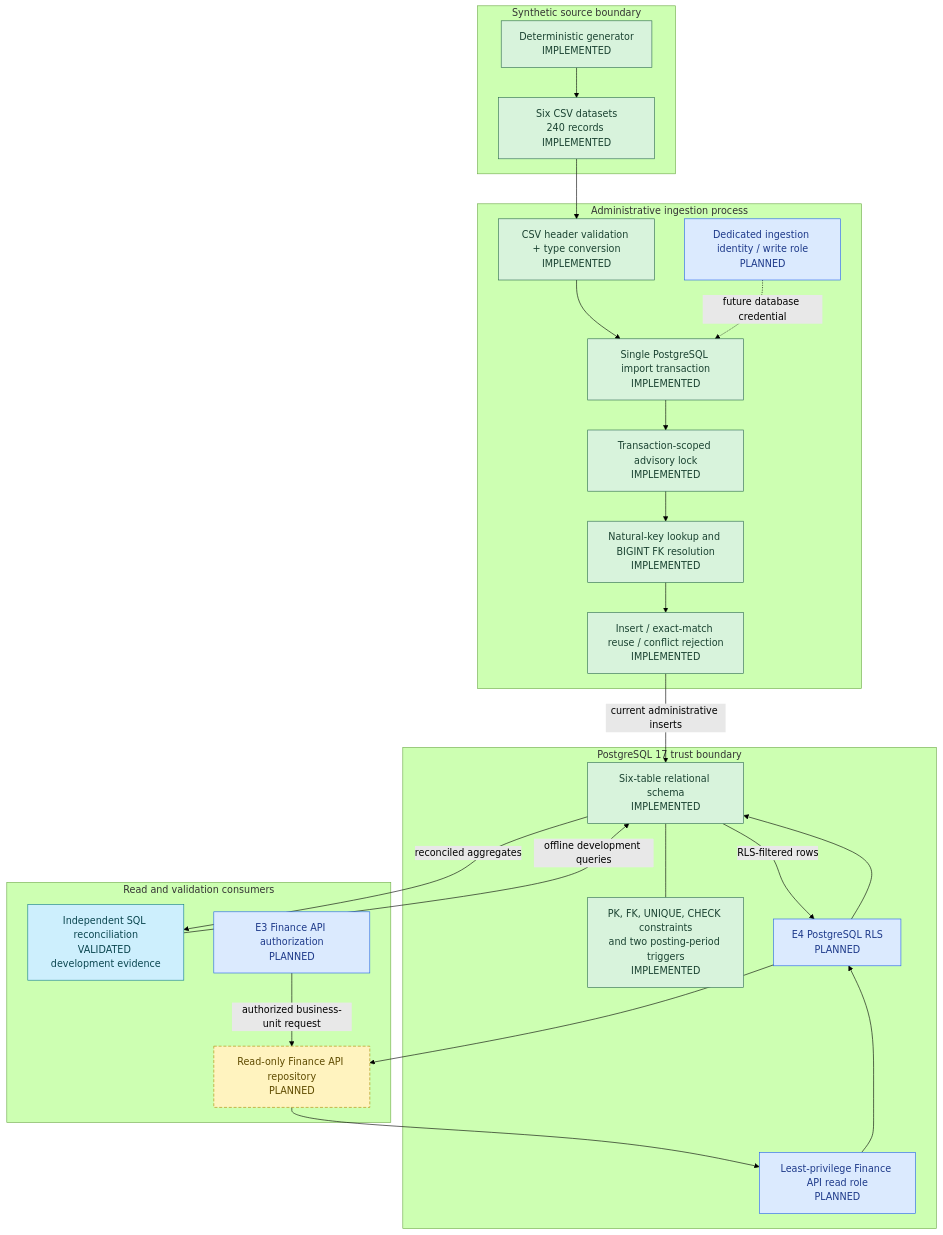
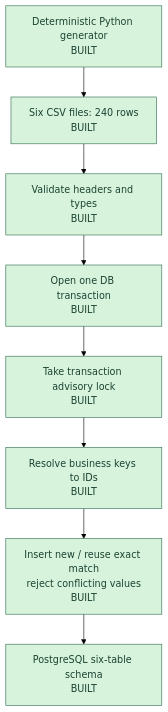
One commit to AmanpreetSingh-GitHub/Finance-Intelligence-And-Investigation-Platform changed the second of 4 diagrams in docs/02_Database_And_Financial_Data_Foundation.md. Above: the diagram before and after it, drawn with Mermaid (forest theme). The commit also changed other lines of this file and 2 other files, not shown here.

Commit message:
Finalize FIN-AI enterprise and capability architecture designs

````diff
--- a/docs/02_Database_And_Financial_Data_Foundation.md
+++ b/docs/02_Database_And_Financial_Data_Foundation.md
@@ -72,54 +34,14 @@
 ```mermaid
 flowchart TB
-    classDef implemented fill:#d8f3dc,stroke:#2d6a4f,color:#1b4332
-    classDef validated fill:#cdeffd,stroke:#137c8b,color:#0b4650
-    classDef planned fill:#fff3bf,stroke:#b08900,color:#5f4b00,stroke-dasharray: 5 3
-    classDef control fill:#dbeafe,stroke:#2563eb,color:#1e3a8a
+    classDef built fill:#d8f3dc,stroke:#2d6a4f,color:#1b4332
+    GEN["Deterministic Python generator\nBUILT"]:::built
+    CSV["Six CSV files: 240 rows\nBUILT"]:::built
+    CHECK["Validate headers and types\nBUILT"]:::built
+    TX["Open one DB transaction\nBUILT"]:::built
+    LOCK["Take transaction advisory lock\nBUILT"]:::built
+    KEYS["Resolve business keys to IDs\nBUILT"]:::built
+    UPSERT["Insert new / reuse exact match\nreject conflicting values\nBUILT"]:::built
+    DB["PostgreSQL six-table schema\nBUILT"]:::built
 
-    subgraph SOURCE["Synthetic source boundary"]
-        GEN["Deterministic generator\nIMPLEMENTED"]:::implemented
-        CSV["Six CSV datasets\n240 records IMPLEMENTED"]:::implemented
-    end
-
-    subgraph ADMIN["Administrative ingestion process"]
-        VALIDATE["CSV header validation + type conversion\nIMPLEMENTED"]:::implemented
-        TX["Single PostgreSQL import transaction\nIMPLEMENTED"]:::implemented
-        LOCK["Transaction-scoped advisory lock\nIMPLEMENTED"]:::implemented
-        KEYS["Natural-key lookup and BIGINT FK resolution\nIMPLEMENTED"]:::implemented
-        MATCH["Insert / exact-match reuse / conflict rejection\nIMPLEMENTED"]:::implemented
-        WRITEID["Dedicated ingestion identity / write role\nPLANNED"]:::control
-    end
-
-    subgraph DATABASE["PostgreSQL 17 trust boundary"]
-        SCHEMA["Six-table relational schema\nIMPLEMENTED"]:::implemented
-        RULES["PK, FK, UNIQUE, CHECK constraints\nand two posting-period triggers\nIMPLEMENTED"]:::implemented
-        READROLE["Least-privilege Finance API read role\nPLANNED"]:::control
-        RLS["E4 PostgreSQL RLS\nPLANNED"]:::control
-    end
-
-    subgraph READS["Read and validation consumers"]
-        RECON["Independent SQL reconciliation\nVALIDATED development evidence"]:::validated
-        E3["E3 Finance API authorization\nPLANNED"]:::control
-        REPO["Read-only Finance API repository\nPLANNED"]:::planned
-    end
-
-    GEN --> CSV
-    CSV --> VALIDATE
-    VALIDATE --> TX
-    TX --> LOCK
-    LOCK --> KEYS
-    KEYS --> MATCH
-    MATCH -->|"current administrative inserts"| SCHEMA
-    WRITEID -. "future database credential" .-> TX
-    SCHEMA --- RULES
-
-    RECON -->|"offline development queries"| SCHEMA
-    SCHEMA -->|"reconciled aggregates"| RECON
-
-    E3 -->|"authorized business-unit request"| REPO
-    REPO --> READROLE
-    READROLE --> RLS
-    RLS --> SCHEMA
-    SCHEMA -->|"RLS-filtered rows"| RLS
-    RLS --> REPO
+    GEN --> CSV --> CHECK --> TX --> LOCK --> KEYS --> UPSERT --> DB
 ```
````
